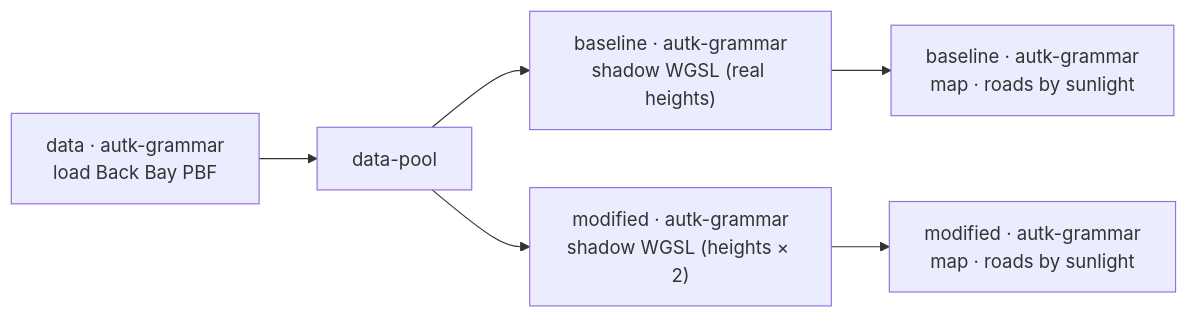
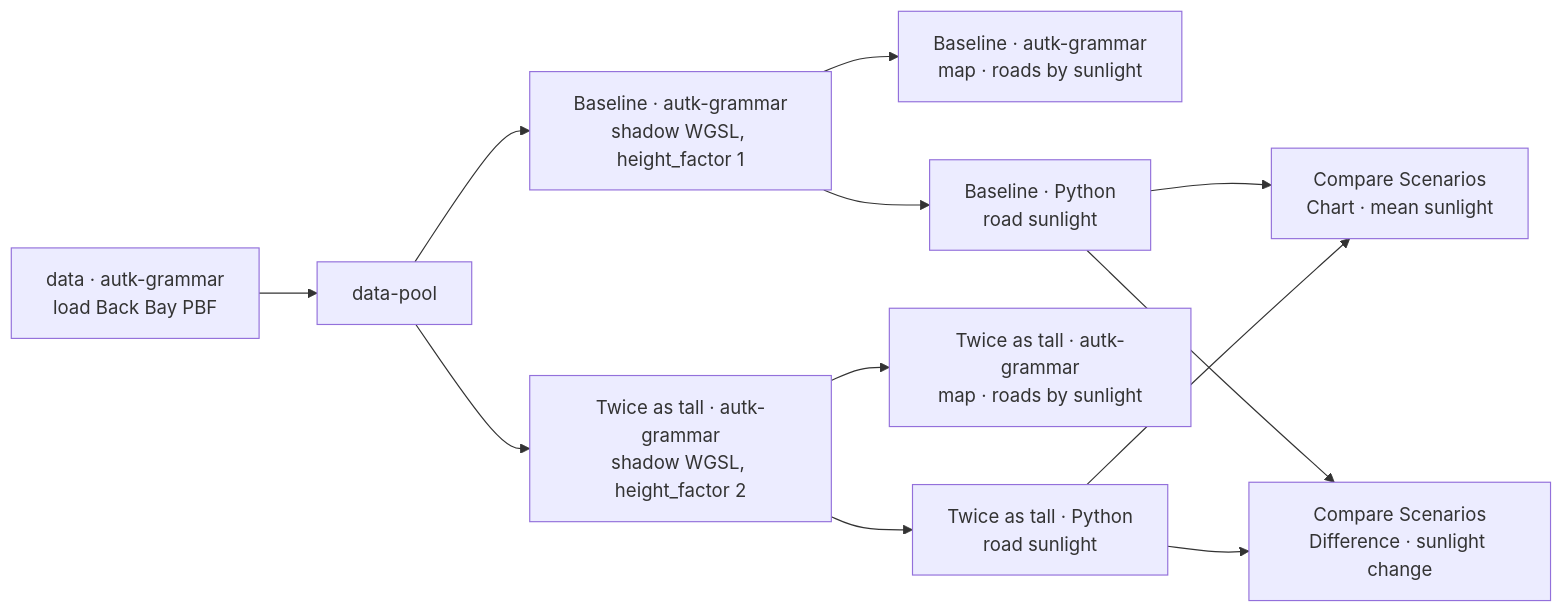
Before and after one commit to urban-toolkit/curio: the diagram in docs/examples/06-autark-what-if-shadow-study.md, drawn with Mermaid. The commit also changed other lines of this file and 4 other files, not shown here.

````diff
--- a/docs/examples/06-autark-what-if-shadow-study.md
+++ b/docs/examples/06-autark-what-if-shadow-study.md
@@ -16,12 +17,22 @@
 ```mermaid
 flowchart LR
   D["data · autk-grammar<br/>load Back Bay PBF"]
   P["data-pool"]
-  BC["baseline · autk-grammar<br/>shadow WGSL (real heights)"]
-  BM["baseline · autk-grammar<br/>map · roads by sunlight"]
-  MC["modified · autk-grammar<br/>shadow WGSL (heights × 2)"]
-  MM["modified · autk-grammar<br/>map · roads by sunlight"]
+  BC["Baseline · autk-grammar<br/>shadow WGSL, height_factor 1"]
+  BM["Baseline · autk-grammar<br/>map · roads by sunlight"]
+  BR["Baseline · Python<br/>road sunlight"]
+  MC["Twice as tall · autk-grammar<br/>shadow WGSL, height_factor 2"]
+  MM["Twice as tall · autk-grammar<br/>map · roads by sunlight"]
+  MR["Twice as tall · Python<br/>road sunlight"]
+  CC["Compare Scenarios<br/>Chart · mean sunlight"]
+  CD["Compare Scenarios<br/>Difference · sunlight change"]
   D --> P
   P --> BC --> BM
+  BC --> BR
   P --> MC --> MM
+  MC --> MR
+  BR --> CC
+  MR --> CC
+  BR --> CD
+  MR --> CD
 ```
````
